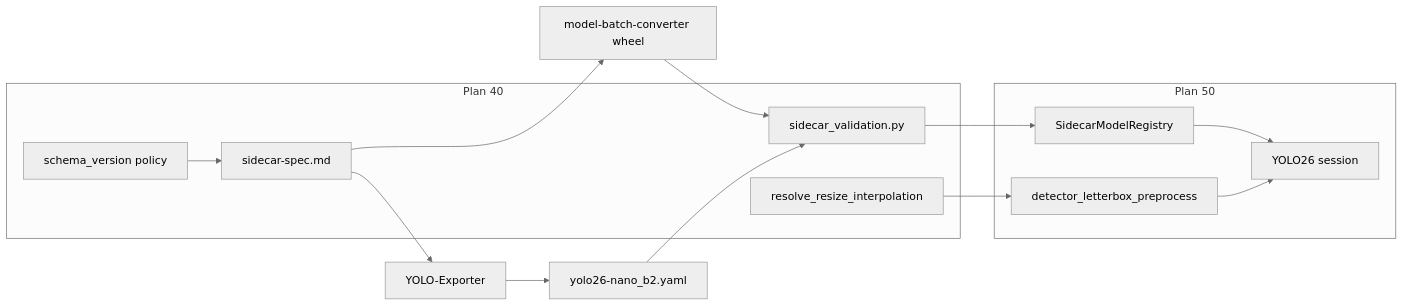
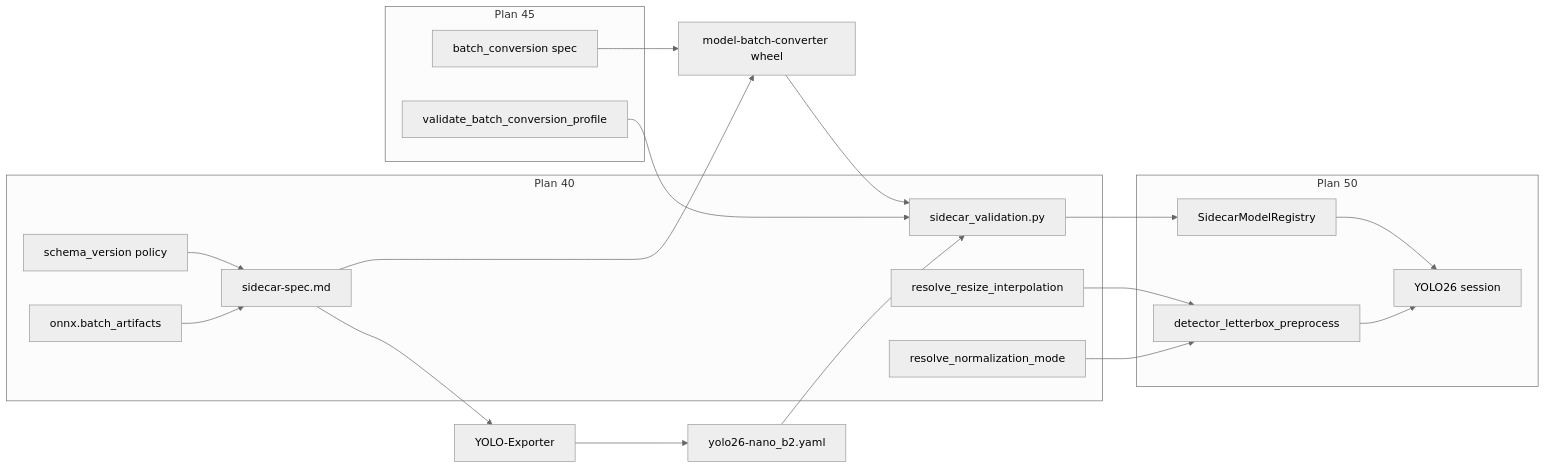
Before and after one commit to domisjustanumber/skellytracker: the second of 2 diagrams in plans/40_sidecar_spec_updates.plan.md, drawn with Mermaid (neutral theme). The commit also changed other lines of this file, not shown here.

Commit message:
Clarify normalisation, add multiple batch sizes, remove batch_resize to later plan

````diff
--- a/plans/40_sidecar_spec_updates.plan.md
+++ b/plans/40_sidecar_spec_updates.plan.md
@@ -440,26 +619,37 @@
 ```mermaid
 flowchart LR
   subgraph plan40 [Plan 40]
     versionPolicy[schema_version policy]
+    batchArtifacts[onnx.batch_artifacts]
     specUpdate[sidecar-spec.md]
     valLib[sidecar_validation.py]
     interp[resolve_resize_interpolation]
+    norm[resolve_normalization_mode]
+  end
+
+  subgraph plan45 [Plan 45]
+    batchConv[batch_conversion spec]
+    convVal[validate_batch_conversion_profile]
   end
 
   subgraph plan50 [Plan 50]
     registry[SidecarModelRegistry]
     detPre[detector_letterbox_preprocess]
     yolo26[YOLO26 session]
   end
 
   versionPolicy --> specUpdate
+  batchArtifacts --> specUpdate
   specUpdate --> mbcWheel[model-batch-converter wheel]
   specUpdate --> exporter[YOLO-Exporter]
   exporter --> artifact[yolo26-nano_b2.yaml]
   mbcWheel --> valLib
   artifact --> valLib
+  batchConv --> mbcWheel
+  convVal --> valLib
   valLib --> registry
   interp --> detPre
+  norm --> detPre
   registry --> yolo26
   detPre --> yolo26
 ```
````
